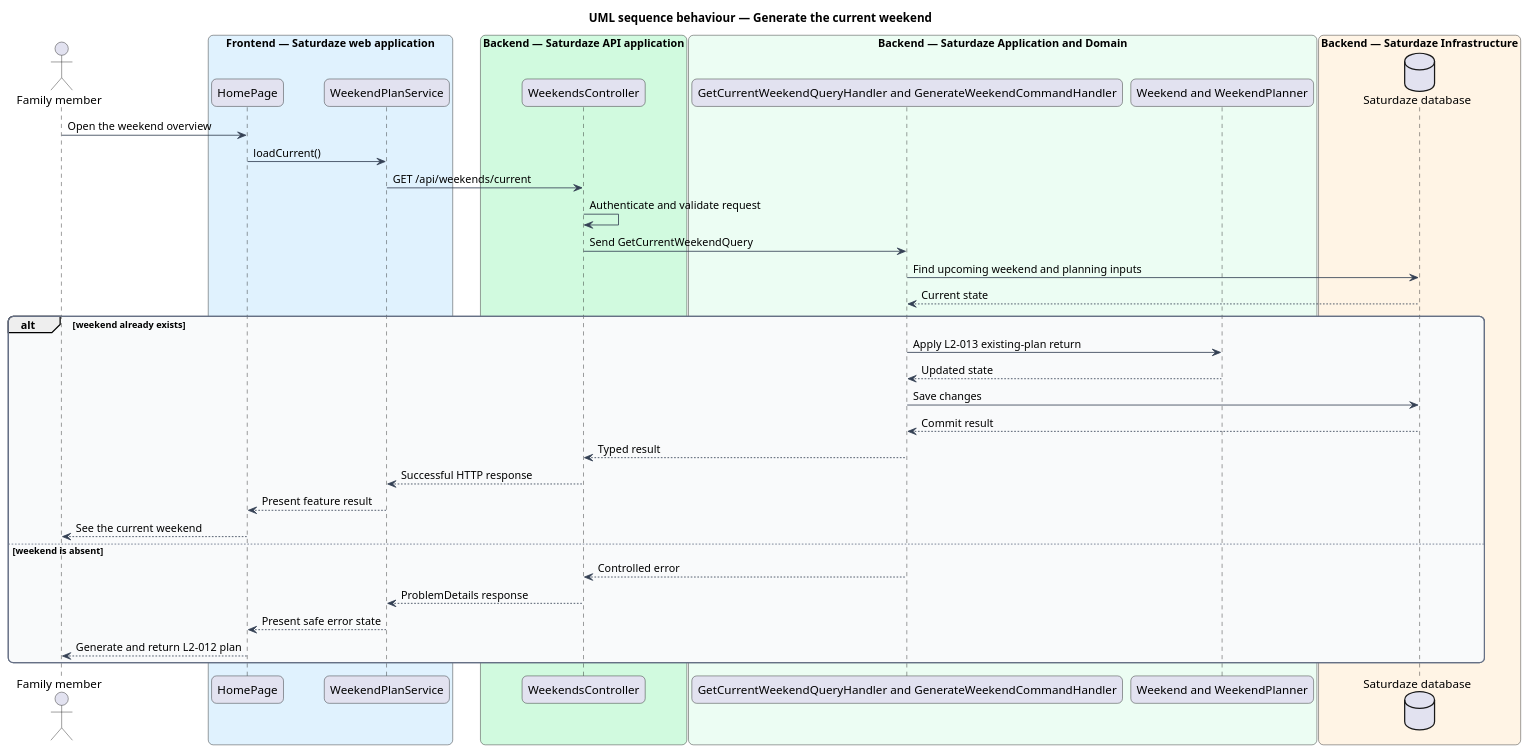
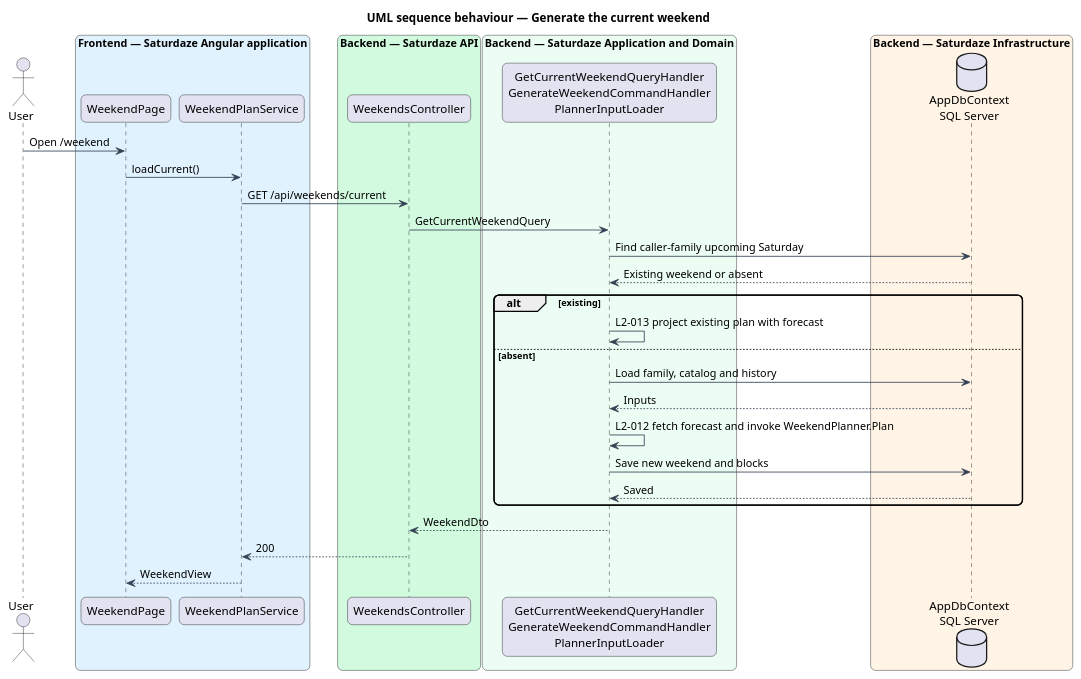
The diagram in docs/detailed-designs/weekend-planning/generate-current-weekend/diagrams/sequence-generate.puml (QuinntyneBrown/saturdaze), drawn with PlantUML before and after one commit. The commit also changed 208 other files, not shown here.

```diff
--- a/docs/detailed-designs/weekend-planning/generate-current-weekend/diagrams/sequence-generate.puml
+++ b/docs/detailed-designs/weekend-planning/generate-current-weekend/diagrams/sequence-generate.puml
@@ -1,54 +1,40 @@
 @startuml
 title UML sequence behaviour — Generate the current weekend
 skinparam backgroundColor #FFFFFF
 skinparam shadowing false
 skinparam roundcorner 12
 skinparam defaultFontName Arial
 skinparam ArrowColor #344054
-skinparam rectangle {
-  BorderColor #344054
-  FontColor #101828
-}
-skinparam package {
-  BorderColor #667085
-  FontColor #101828
-  BackgroundColor #F9FAFB
-}
-actor "Family member" as actor
-box "Frontend — Saturdaze web application" #E0F2FE
-  participant "HomePage" as page
-  participant "WeekendPlanService" as client
+actor "User" as actor
+box "Frontend — Saturdaze Angular application" #E0F2FE
+ participant "WeekendPage" as page
+ participant "WeekendPlanService" as client
 end box
-box "Backend — Saturdaze API application" #D1FADF
-  participant "WeekendsController" as controller
+box "Backend — Saturdaze API" #D1FADF
+ participant "WeekendsController" as controller
 end box
 box "Backend — Saturdaze Application and Domain" #ECFDF3
-  participant "GetCurrentWeekendQueryHandler and GenerateWeekendCommandHandler" as handler
-  participant "Weekend and WeekendPlanner" as entity
+ participant "GetCurrentWeekendQueryHandler\nGenerateWeekendCommandHandler\nPlannerInputLoader" as handler
 end box
 box "Backend — Saturdaze Infrastructure" #FFF4E5
-  database "Saturdaze database" as db
+ database "AppDbContext\nSQL Server" as db
 end box
-actor -> page : Open the weekend overview
+actor -> page : Open /weekend
 page -> client : loadCurrent()
 client -> controller : GET /api/weekends/current
-controller -> controller : Authenticate and validate request
-controller -> handler : Send GetCurrentWeekendQuery
-handler -> db : Find upcoming weekend and planning inputs
-db --> handler : Current state
-alt weekend already exists
-  handler -> entity : Apply L2-013 existing-plan return
-  entity --> handler : Updated state
-  handler -> db : Save changes
-  db --> handler : Commit result
-  handler --> controller : Typed result
-  controller --> client : Successful HTTP response
-  client --> page : Present feature result
-  page --> actor : See the current weekend
-else weekend is absent
-  handler --> controller : Controlled error
-  controller --> client : ProblemDetails response
-  client --> page : Present safe error state
-  page --> actor : Generate and return L2-012 plan
+controller -> handler : GetCurrentWeekendQuery
+handler -> db : Find caller-family upcoming Saturday
+db --> handler : Existing weekend or absent
+alt existing
+handler -> handler : L2-013 project existing plan with forecast
+else absent
+handler -> db : Load family, catalog and history
+db --> handler : Inputs
+handler -> handler : L2-012 fetch forecast and invoke WeekendPlanner.Plan
+handler -> db : Save new weekend and blocks
+db --> handler : Saved
 end
+handler --> controller : WeekendDto
+controller --> client : 200
+client --> page : WeekendView
 @enduml
```
